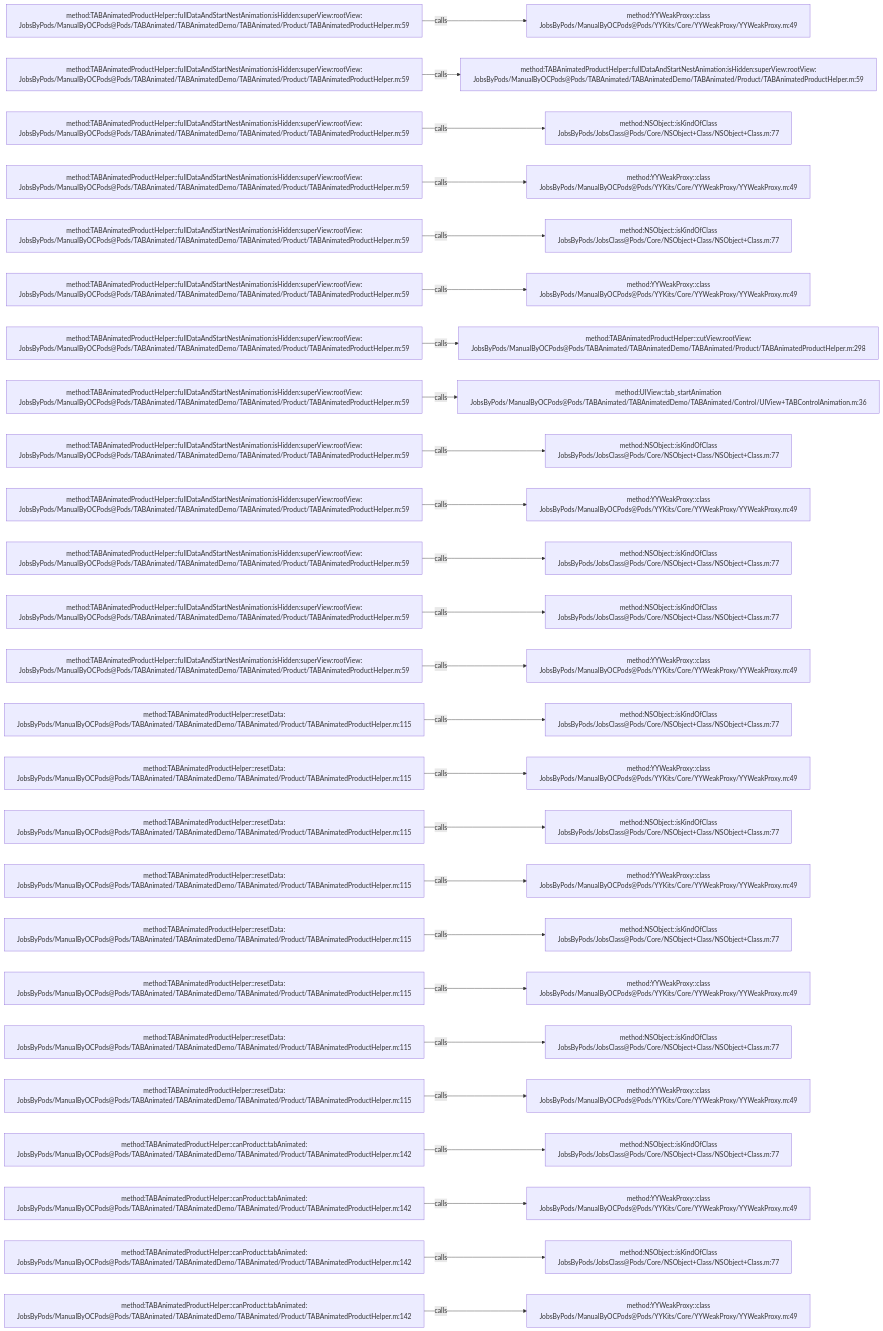
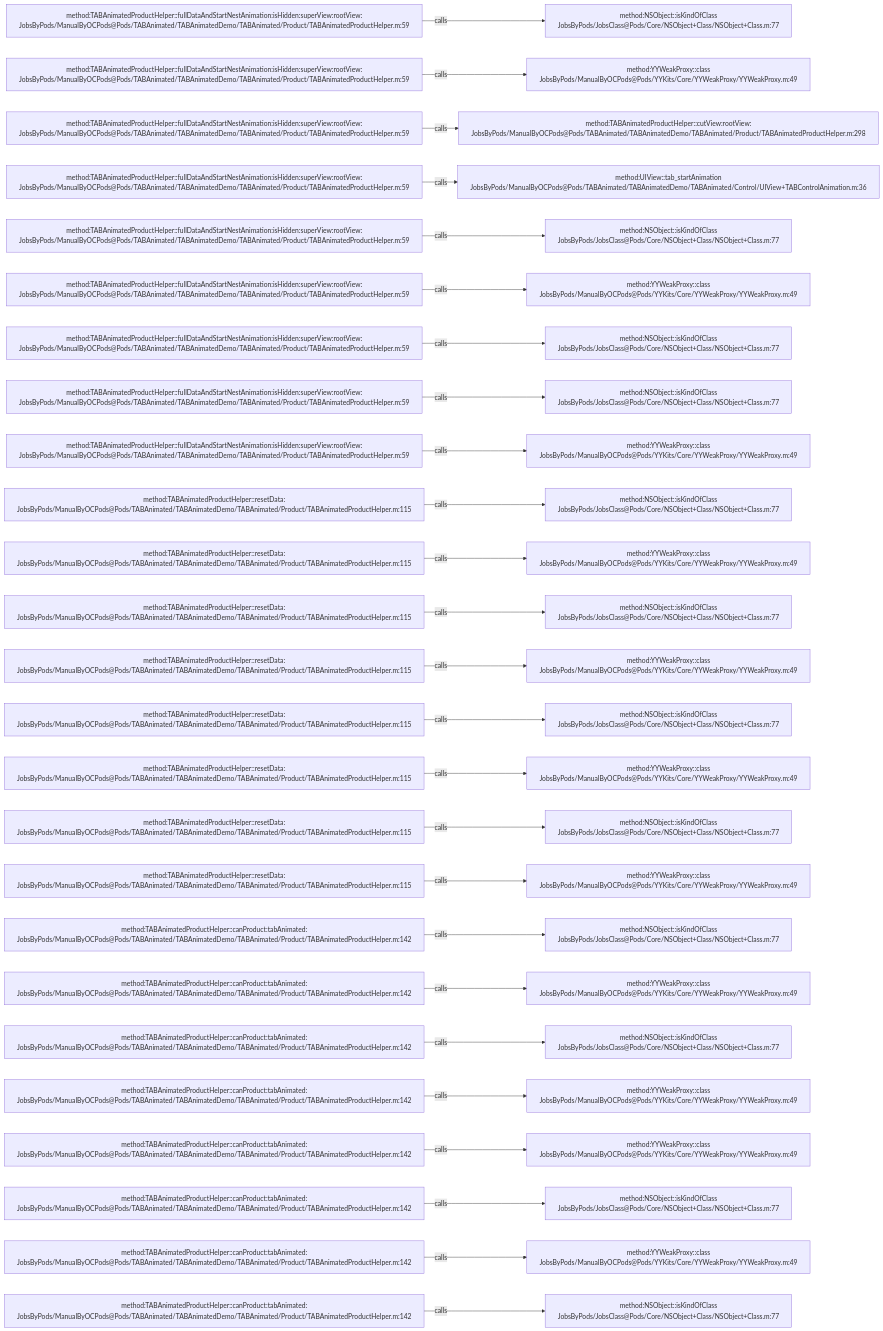
The diagram in .codegraph/codegraph.md/graphs/calls-031.md (JobsKits/JobsOCBaseConfigDemo), drawn with Mermaid before and after one commit. The commit also changed 727 other files, not shown here.

````diff
--- a/.codegraph/codegraph.md/graphs/calls-031.md
+++ b/.codegraph/codegraph.md/graphs/calls-031.md
@@ -13,78 +13,78 @@
 ```mermaid
 flowchart LR
   S1["method:TABAnimatedProductHelper::fullDataAndStartNestAnimation:isHidden:superView:rootView:<br/>JobsByPods/ManualByOCPods@Pods/TABAnimated/TABAnimatedDemo/TABAnimated/Product/TABAnimatedProductHelper.m:59"]
-  T1["method:YYWeakProxy::class<br/>JobsByPods/ManualByOCPods@Pods/YYKits/Core/YYWeakProxy/YYWeakProxy.m:49"]
+  T1["method:NSObject::isKindOfClass<br/>JobsByPods/JobsClass@Pods/Core/NSObject+Class/NSObject+Class.m:77"]
   S1 -->|calls| T1
   S2["method:TABAnimatedProductHelper::fullDataAndStartNestAnimation:isHidden:superView:rootView:<br/>JobsByPods/ManualByOCPods@Pods/TABAnimated/TABAnimatedDemo/TABAnimated/Product/TABAnimatedProductHelper.m:59"]
-  T2["method:TABAnimatedProductHelper::fullDataAndStartNestAnimation:isHidden:superView:rootView:<br/>JobsByPods/ManualByOCPods@Pods/TABAnimated/TABAnimatedDemo/TABAnimated/Product/TABAnimatedProductHelper.m:59"]
+  T2["method:YYWeakProxy::class<br/>JobsByPods/ManualByOCPods@Pods/YYKits/Core/YYWeakProxy/YYWeakProxy.m:49"]
   S2 -->|calls| T2
   S3["method:TABAnimatedProductHelper::fullDataAndStartNestAnimation:isHidden:superView:rootView:<br/>JobsByPods/ManualByOCPods@Pods/TABAnimated/TABAnimatedDemo/TABAnimated/Product/TABAnimatedProductHelper.m:59"]
-  T3["method:NSObject::isKindOfClass<br/>JobsByPods/JobsClass@Pods/Core/NSObject+Class/NSObject+Class.m:77"]
+  T3["method:TABAnimatedProductHelper::cutView:rootView:<br/>JobsByPods/ManualByOCPods@Pods/TABAnimated/TABAnimatedDemo/TABAnimated/Product/TABAnimatedProductHelper.m:298"]
   S3 -->|calls| T3
   S4["method:TABAnimatedProductHelper::fullDataAndStartNestAnimation:isHidden:superView:rootView:<br/>JobsByPods/ManualByOCPods@Pods/TABAnimated/TABAnimatedDemo/TABAnimated/Product/TABAnimatedProductHelper.m:59"]
-  T4["method:YYWeakProxy::class<br/>JobsByPods/ManualByOCPods@Pods/YYKits/Core/YYWeakProxy/YYWeakProxy.m:49"]
+  T4["method:UIView::tab_startAnimation<br/>JobsByPods/ManualByOCPods@Pods/TABAnimated/TABAnimatedDemo/TABAnimated/Control/UIView+TABControlAnimation.m:36"]
   S4 -->|calls| T4
   S5["method:TABAnimatedProductHelper::fullDataAndStartNestAnimation:isHidden:superView:rootView:<br/>JobsByPods/ManualByOCPods@Pods/TABAnimated/TABAnimatedDemo/TABAnimated/Product/TABAnimatedProductHelper.m:59"]
   T5["method:NSObject::isKindOfClass<br/>JobsByPods/JobsClass@Pods/Core/NSObject+Class/NSObject+Class.m:77"]
   S5 -->|calls| T5
   S6["method:TABAnimatedProductHelper::fullDataAndStartNestAnimation:isHidden:superView:rootView:<br/>JobsByPods/ManualByOCPods@Pods/TABAnimated/TABAnimatedDemo/TABAnimated/Product/TABAnimatedProductHelper.m:59"]
   T6["method:YYWeakProxy::class<br/>JobsByPods/ManualByOCPods@Pods/YYKits/Core/YYWeakProxy/YYWeakProxy.m:49"]
   S6 -->|calls| T6
   S7["method:TABAnimatedProductHelper::fullDataAndStartNestAnimation:isHidden:superView:rootView:<br/>JobsByPods/ManualByOCPods@Pods/TABAnimated/TABAnimatedDemo/TABAnimated/Product/TABAnimatedProductHelper.m:59"]
-  T7["method:TABAnimatedProductHelper::cutView:rootView:<br/>JobsByPods/ManualByOCPods@Pods/TABAnimated/TABAnimatedDemo/TABAnimated/Product/TABAnimatedProductHelper.m:298"]
+  T7["method:NSObject::isKindOfClass<br/>JobsByPods/JobsClass@Pods/Core/NSObject+Class/NSObject+Class.m:77"]
   S7 -->|calls| T7
   S8["method:TABAnimatedProductHelper::fullDataAndStartNestAnimation:isHidden:superView:rootView:<br/>JobsByPods/ManualByOCPods@Pods/TABAnimated/TABAnimatedDemo/TABAnimated/Product/TABAnimatedProductHelper.m:59"]
-  T8["method:UIView::tab_startAnimation<br/>JobsByPods/ManualByOCPods@Pods/TABAnimated/TABAnimatedDemo/TABAnimated/Control/UIView+TABControlAnimation.m:36"]
+  T8["method:NSObject::isKindOfClass<br/>JobsByPods/JobsClass@Pods/Core/NSObject+Class/NSObject+Class.m:77"]
   S8 -->|calls| T8
   S9["method:TABAnimatedProductHelper::fullDataAndStartNestAnimation:isHidden:superView:rootView:<br/>JobsByPods/ManualByOCPods@Pods/TABAnimated/TABAnimatedDemo/TABAnimated/Product/TABAnimatedProductHelper.m:59"]
-  T9["method:NSObject::isKindOfClass<br/>JobsByPods/JobsClass@Pods/Core/NSObject+Class/NSObject+Class.m:77"]
+  T9["method:YYWeakProxy::class<br/>JobsByPods/ManualByOCPods@Pods/YYKits/Core/YYWeakProxy/YYWeakProxy.m:49"]
   S9 -->|calls| T9
-  S10["method:TABAnimatedProductHelper::fullDataAndStartNestAnimation:isHidden:superView:rootView:<br/>JobsByPods/ManualByOCPods@Pods/TABAnimated/TABAnimatedDemo/TABAnimated/Product/TABAnimatedProductHelper.m:59"]
-  T10["method:YYWeakProxy::class<br/>JobsByPods/ManualByOCPods@Pods/YYKits/Core/YYWeakProxy/YYWeakProxy.m:49"]
+  S10["method:TABAnimatedProductHelper::resetData:<br/>JobsByPods/ManualByOCPods@Pods/TABAnimated/TABAnimatedDemo/TABAnimated/Product/TABAnimatedProductHelper.m:115"]
+  T10["method:NSObject::isKindOfClass<br/>JobsByPods/JobsClass@Pods/Core/NSObject+Class/NSObject+Class.m:77"]
   S10 -->|calls| T10
-  S11["method:TABAnimatedProductHelper::fullDataAndStartNestAnimation:isHidden:superView:rootView:<br/>JobsByPods/ManualByOCPods@Pods/TABAnimated/TABAnimatedDemo/TABAnimated/Product/TABAnimatedProductHelper.m:59"]
-  T11["method:NSObject::isKindOfClass<br/>JobsByPods/JobsClass@Pods/Core/NSObject+Class/NSObject+Class.m:77"]
+  S11["method:TABAnimatedProductHelper::resetData:<br/>JobsByPods/ManualByOCPods@Pods/TABAnimated/TABAnimatedDemo/TABAnimated/Product/TABAnimatedProductHelper.m:115"]
+  T11["method:YYWeakProxy::class<br/>JobsByPods/ManualByOCPods@Pods/YYKits/Core/YYWeakProxy/YYWeakProxy.m:49"]
   S11 -->|calls| T11
-  S12["method:TABAnimatedProductHelper::fullDataAndStartNestAnimation:isHidden:superView:rootView:<br/>JobsByPods/ManualByOCPods@Pods/TABAnimated/TABAnimatedDemo/TABAnimated/Product/TABAnimatedProductHelper.m:59"]
+  S12["method:TABAnimatedProductHelper::resetData:<br/>JobsByPods/ManualByOCPods@Pods/TABAnimated/TABAnimatedDemo/TABAnimated/Product/TABAnimatedProductHelper.m:115"]
   T12["method:NSObject::isKindOfClass<br/>JobsByPods/JobsClass@Pods/Core/NSObject+Class/NSObject+Class.m:77"]
   S12 -->|calls| T12
-  S13["method:TABAnimatedProductHelper::fullDataAndStartNestAnimation:isHidden:superView:rootView:<br/>JobsByPods/ManualByOCPods@Pods/TABAnimated/TABAnimatedDemo/TABAnimated/Product/TABAnimatedProductHelper.m:59"]
+  S13["method:TABAnimatedProductHelper::resetData:<br/>JobsByPods/ManualByOCPods@Pods/TABAnimated/TABAnimatedDemo/TABAnimated/Product/TABAnimatedProductHelper.m:115"]
   T13["method:YYWeakProxy::class<br/>JobsByPods/ManualByOCPods@Pods/YYKits/Core/YYWeakProxy/YYWeakProxy.m:49"]
   S13 -->|calls| T13
   S14["method:TABAnimatedProductHelper::resetData:<br/>JobsByPods/ManualByOCPods@Pods/TABAnimated/TABAnimatedDemo/TABAnimated/Product/TABAnimatedProductHelper.m:115"]
   T14["method:NSObject::isKindOfClass<br/>JobsByPods/JobsClass@Pods/Core/NSObject+Class/NSObject+Class.m:77"]
   S14 -->|calls| T14
   S15["method:TABAnimatedProductHelper::resetData:<br/>JobsByPods/ManualByOCPods@Pods/TABAnimated/TABAnimatedDemo/TABAnimated/Product/TABAnimatedProductHelper.m:115"]
   T15["method:YYWeakProxy::class<br/>JobsByPods/ManualByOCPods@Pods/YYKits/Core/YYWeakProxy/YYWeakProxy.m:49"]
   S15 -->|calls| T15
   S16["method:TABAnimatedProductHelper::resetData:<br/>JobsByPods/ManualByOCPods@Pods/TABAnimated/TABAnimatedDemo/TABAnimated/Product/TABAnimatedProductHelper.m:115"]
   T16["method:NSObject::isKindOfClass<br/>JobsByPods/JobsClass@Pods/Core/NSObject+Class/NSObject+Class.m:77"]
   S16 -->|calls| T16
   S17["method:TABAnimatedProductHelper::resetData:<br/>JobsByPods/ManualByOCPods@Pods/TABAnimated/TABAnimatedDemo/TABAnimated/Product/TABAnimatedProductHelper.m:115"]
   T17["method:YYWeakProxy::class<br/>JobsByPods/ManualByOCPods@Pods/YYKits/Core/YYWeakProxy/YYWeakProxy.m:49"]
   S17 -->|calls| T17
-  S18["method:TABAnimatedProductHelper::resetData:<br/>JobsByPods/ManualByOCPods@Pods/TABAnimated/TABAnimatedDemo/TABAnimated/Product/TABAnimatedProductHelper.m:115"]
+  S18["method:TABAnimatedProductHelper::canProduct:tabAnimated:<br/>JobsByPods/ManualByOCPods@Pods/TABAnimated/TABAnimatedDemo/TABAnimated/Product/TABAnimatedProductHelper.m:142"]
   T18["method:NSObject::isKindOfClass<br/>JobsByPods/JobsClass@Pods/Core/NSObject+Class/NSObject+Class.m:77"]
   S18 -->|calls| T18
-  S19["method:TABAnimatedProductHelper::resetData:<br/>JobsByPods/ManualByOCPods@Pods/TABAnimated/TABAnimatedDemo/TABAnimated/Product/TABAnimatedProductHelper.m:115"]
+  S19["method:TABAnimatedProductHelper::canProduct:tabAnimated:<br/>JobsByPods/ManualByOCPods@Pods/TABAnimated/TABAnimatedDemo/TABAnimated/Product/TABAnimatedProductHelper.m:142"]
   T19["method:YYWeakProxy::class<br/>JobsByPods/ManualByOCPods@Pods/YYKits/Core/YYWeakProxy/YYWeakProxy.m:49"]
   S19 -->|calls| T19
-  S20["method:TABAnimatedProductHelper::resetData:<br/>JobsByPods/ManualByOCPods@Pods/TABAnimated/TABAnimatedDemo/TABAnimated/Product/TABAnimatedProductHelper.m:115"]
+  S20["method:TABAnimatedProductHelper::canProduct:tabAnimated:<br/>JobsByPods/ManualByOCPods@Pods/TABAnimated/TABAnimatedDemo/TABAnimated/Product/TABAnimatedProductHelper.m:142"]
   T20["method:NSObject::isKindOfClass<br/>JobsByPods/JobsClass@Pods/Core/NSObject+Class/NSObject+Class.m:77"]
   S20 -->|calls| T20
-  S21["method:TABAnimatedProductHelper::resetData:<br/>JobsByPods/ManualByOCPods@Pods/TABAnimated/TABAnimatedDemo/TABAnimated/Product/TABAnimatedProductHelper.m:115"]
+  S21["method:TABAnimatedProductHelper::canProduct:tabAnimated:<br/>JobsByPods/ManualByOCPods@Pods/TABAnimated/TABAnimatedDemo/TABAnimated/Product/TABAnimatedProductHelper.m:142"]
   T21["method:YYWeakProxy::class<br/>JobsByPods/ManualByOCPods@Pods/YYKits/Core/YYWeakProxy/YYWeakProxy.m:49"]
   S21 -->|calls| T21
   S22["method:TABAnimatedProductHelper::canProduct:tabAnimated:<br/>JobsByPods/ManualByOCPods@Pods/TABAnimated/TABAnimatedDemo/TABAnimated/Product/TABAnimatedProductHelper.m:142"]
-  T22["method:NSObject::isKindOfClass<br/>JobsByPods/JobsClass@Pods/Core/NSObject+Class/NSObject+Class.m:77"]
+  T22["method:YYWeakProxy::class<br/>JobsByPods/ManualByOCPods@Pods/YYKits/Core/YYWeakProxy/YYWeakProxy.m:49"]
   S22 -->|calls| T22
   S23["method:TABAnimatedProductHelper::canProduct:tabAnimated:<br/>JobsByPods/ManualByOCPods@Pods/TABAnimated/TABAnimatedDemo/TABAnimated/Product/TABAnimatedProductHelper.m:142"]
-  T23["method:YYWeakProxy::class<br/>JobsByPods/ManualByOCPods@Pods/YYKits/Core/YYWeakProxy/YYWeakProxy.m:49"]
+  T23["method:NSObject::isKindOfClass<br/>JobsByPods/JobsClass@Pods/Core/NSObject+Class/NSObject+Class.m:77"]
   S23 -->|calls| T23
   S24["method:TABAnimatedProductHelper::canProduct:tabAnimated:<br/>JobsByPods/ManualByOCPods@Pods/TABAnimated/TABAnimatedDemo/TABAnimated/Product/TABAnimatedProductHelper.m:142"]
-  T24["method:NSObject::isKindOfClass<br/>JobsByPods/JobsClass@Pods/Core/NSObject+Class/NSObject+Class.m:77"]
+  T24["method:YYWeakProxy::class<br/>JobsByPods/ManualByOCPods@Pods/YYKits/Core/YYWeakProxy/YYWeakProxy.m:49"]
   S24 -->|calls| T24
   S25["method:TABAnimatedProductHelper::canProduct:tabAnimated:<br/>JobsByPods/ManualByOCPods@Pods/TABAnimated/TABAnimatedDemo/TABAnimated/Product/TABAnimatedProductHelper.m:142"]
-  T25["method:YYWeakProxy::class<br/>JobsByPods/ManualByOCPods@Pods/YYKits/Core/YYWeakProxy/YYWeakProxy.m:49"]
+  T25["method:NSObject::isKindOfClass<br/>JobsByPods/JobsClass@Pods/Core/NSObject+Class/NSObject+Class.m:77"]
   S25 -->|calls| T25
 ```
````
